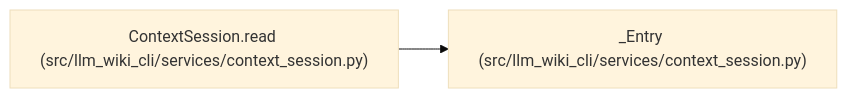
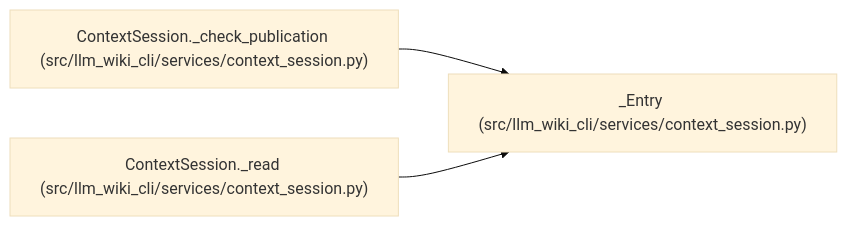
One commit to Denissvgn/python-wiki-llm changed the diagram in docs/llm_wiki/entities/Entry.md. Above: the diagram before and after it, drawn with Mermaid (base theme). The commit also changed other lines of this file and 1410 other files, not shown here.

````diff
--- a/docs/llm_wiki/entities/Entry.md
+++ b/docs/llm_wiki/entities/Entry.md
@@ -31,8 +31,11 @@
 ```mermaid
 flowchart LR
     n0["_Entry (src/llm_wiki_cli/services/context_session.py)"]
-    n1["ContextSession.read (src/llm_wiki_cli/services/context_session.py)"]
+    n1["ContextSession._check_publication (src/llm_wiki_cli/services/context_session.py)"]
+    n2["ContextSession._read (src/llm_wiki_cli/services/context_session.py)"]
     n1 --> n0
+    n2 --> n0
     click n0 "../modules/context_session.md"
     click n1 "../modules/context_session.md"
+    click n2 "../modules/context_session.md"
 ```
````
